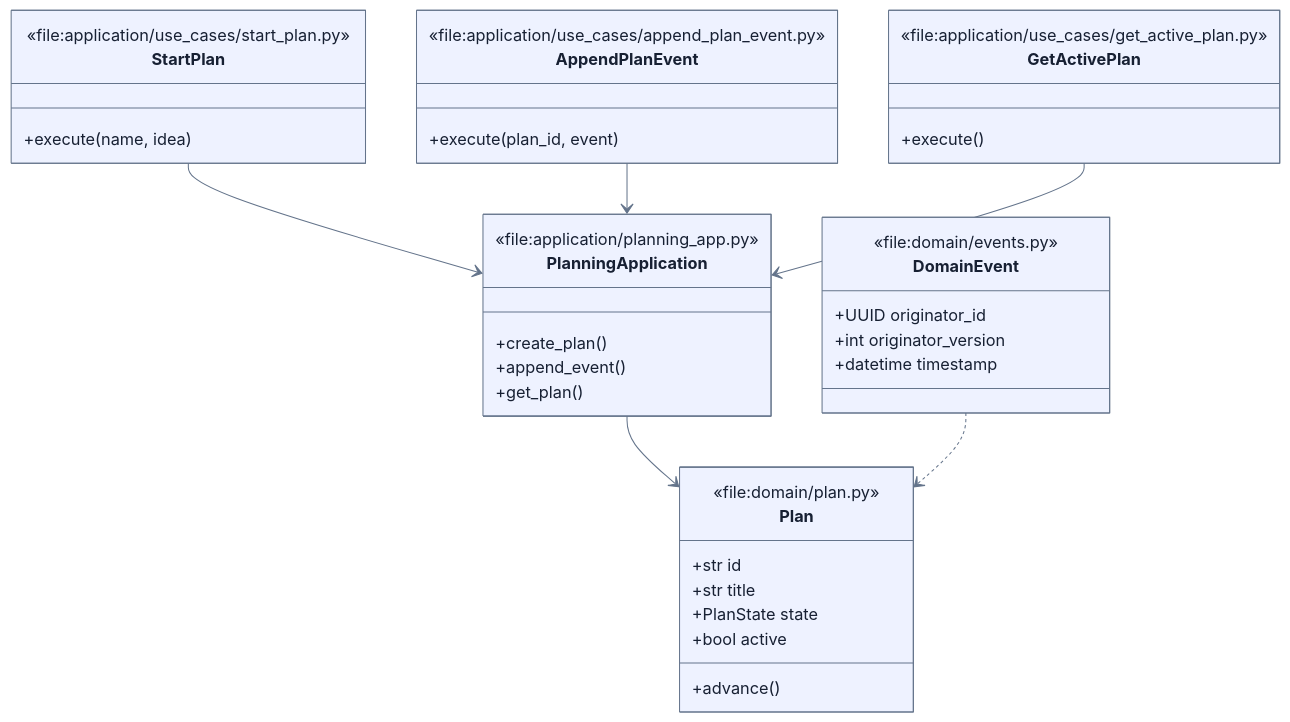
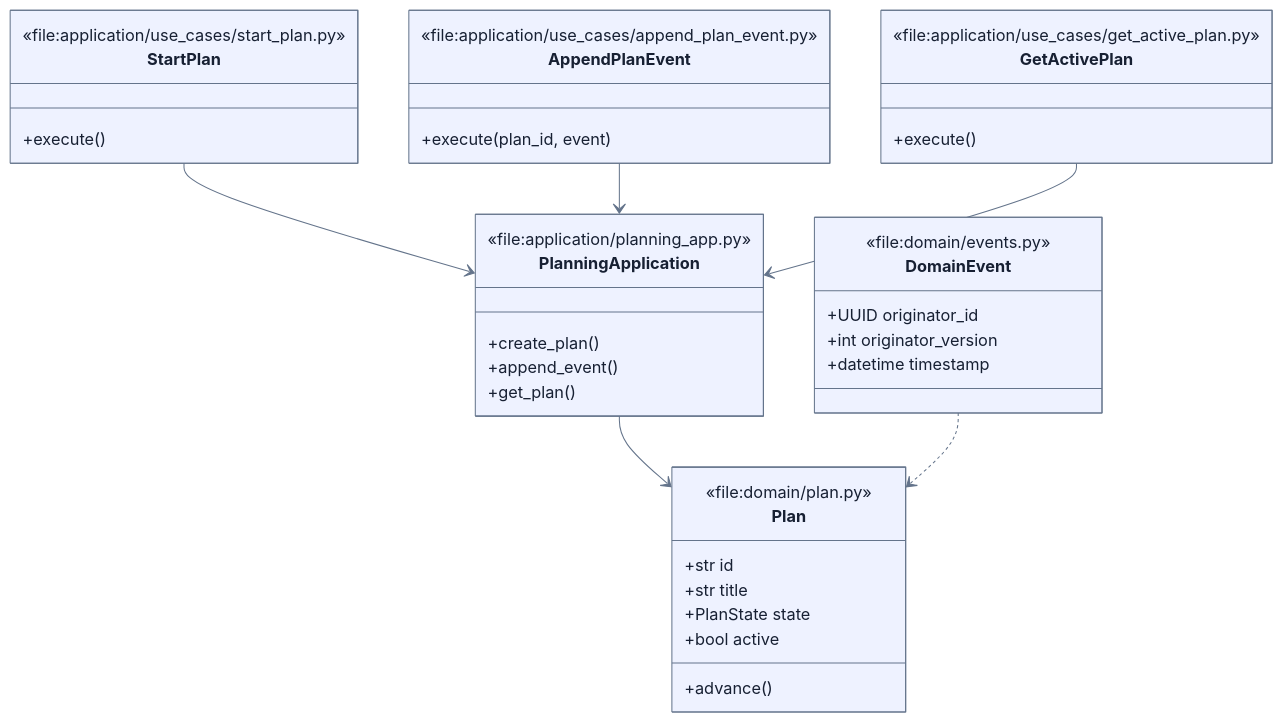
Before and after one commit to 9orky/enclosure: the second of 3 diagrams in .enclosure/plans/planning-workflow/epics/event-sourced-core/SCHEMAS.md, drawn with Mermaid. The commit also changed other lines of this file and 23 other files, not shown here.

````diff
--- a/.enclosure/plans/planning-workflow/epics/event-sourced-core/SCHEMAS.md
+++ b/.enclosure/plans/planning-workflow/epics/event-sourced-core/SCHEMAS.md
@@ -86,48 +86,48 @@
 ```mermaid
 %% contract: symbols
 %%{init: {"theme": "base", "themeVariables": {"primaryColor": "#eef2ff", "primaryTextColor": "#172033", "primaryBorderColor": "#64748b", "lineColor": "#64748b"}}}%%
 classDiagram
     class StartPlan {
       <<file:application/use_cases/start_plan.py>>
-      +execute(name, idea)
+      +execute()
     }
 
     class AppendPlanEvent {
       <<file:application/use_cases/append_plan_event.py>>
       +execute(plan_id, event)
     }
 
     class GetActivePlan {
       <<file:application/use_cases/get_active_plan.py>>
       +execute()
     }
 
     class PlanningApplication {
       <<file:application/planning_app.py>>
       +create_plan()
       +append_event()
       +get_plan()
     }
 
     class Plan {
       <<file:domain/plan.py>>
       +str id
       +str title
       +PlanState state
       +bool active
       +advance()
     }
 
     class DomainEvent {
       <<file:domain/events.py>>
       +UUID originator_id
       +int originator_version
       +datetime timestamp
     }
 
     StartPlan --> PlanningApplication
     AppendPlanEvent --> PlanningApplication
     GetActivePlan --> PlanningApplication
     PlanningApplication --> Plan
     DomainEvent ..> Plan
 ```
````
